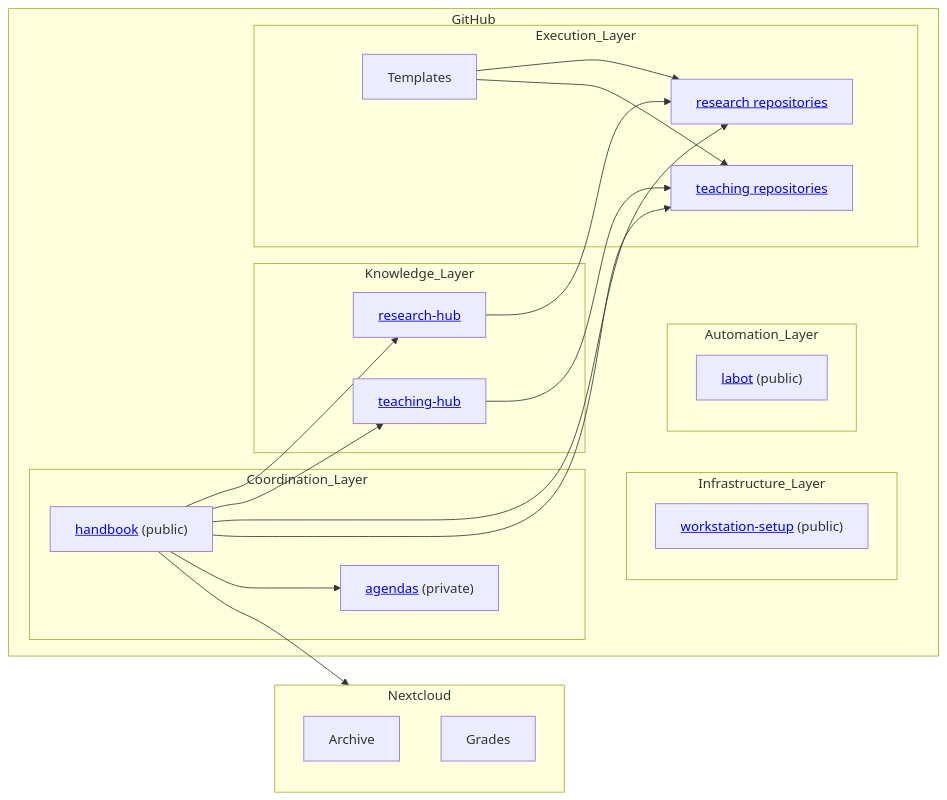
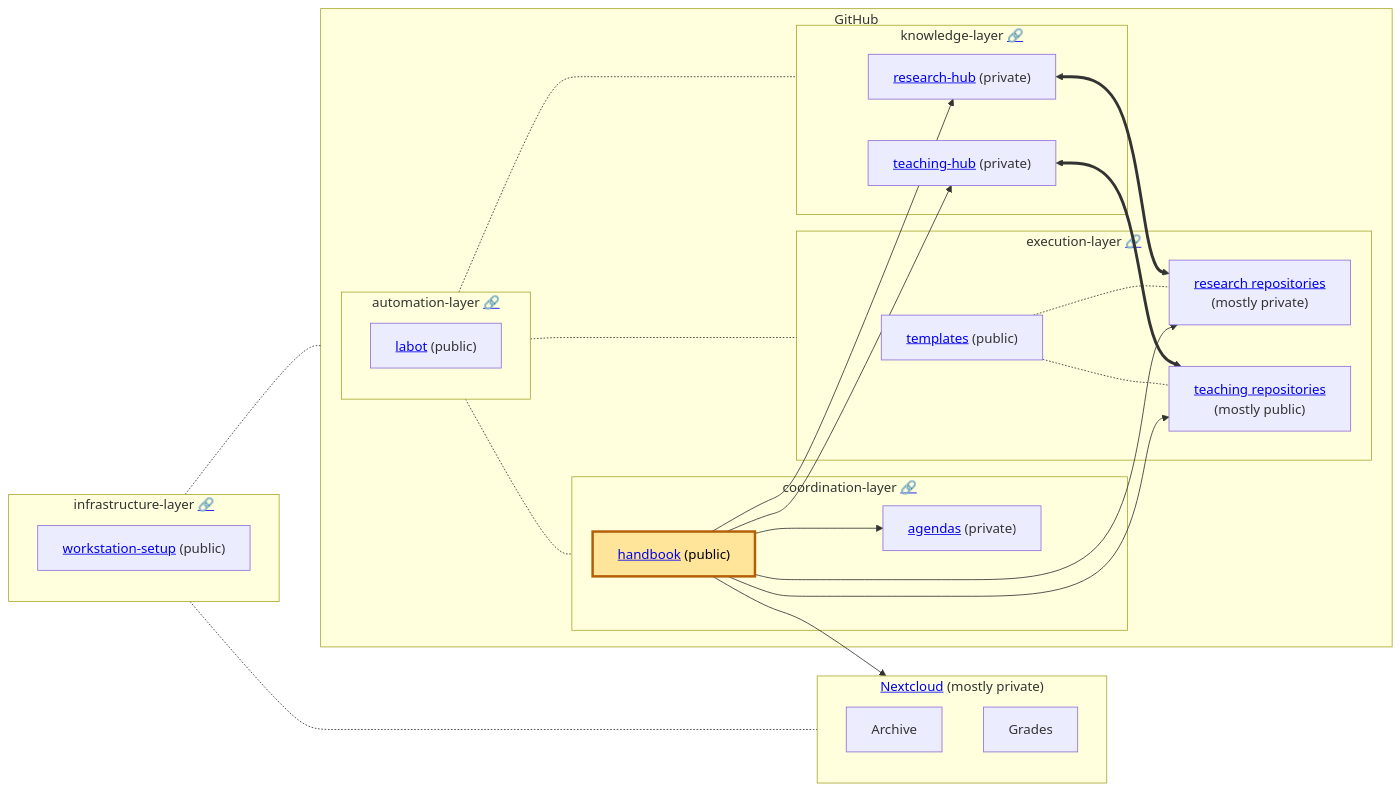
The diagram in management/systems_overview.qmd (fs-ise/handbook), drawn with Mermaid before and after one commit. The commit also changed other lines of this file, not shown here.

Commit message:
update systems-overview

````diff
--- a/management/systems_overview.qmd
+++ b/management/systems_overview.qmd
@@ -9,54 +9,68 @@
 ```{mermaid}
 graph LR
 
-    subgraph Nextcloud["Nextcloud"]
+    subgraph Nextcloud["<a href='nextcloud.html'>Nextcloud</a> (mostly private)"]
         Archive["Archive"]
         Grades["Grades"]
     end
 
-    subgraph Public_Git_Sphere["GitHub"]
+    %% Infrastructure Layer
+    subgraph Infrastructure_Layer["infrastructure-layer <a href='#infrastructure-layer'>🔗</a>"]
+        Workstation["<a href='https://github.com/fs-ise/workstation-setup'  target='_blank'>workstation-setup</a> (public)"]
+    end
+
+    subgraph Github_Sphere["GitHub"]
 
         %% Coordination Layer
-        subgraph Coordination_Layer
+        subgraph Coordination_Layer["coordination-layer <a href='#coordination-layer'>🔗</a>"]
             Handbook["<a href='handbook.html'>handbook</a> (public)"]
             Agenda["<a href='repositories.html#general-repositories'>agendas</a> (private)"]
         end
 
-        %% Infrastructure Layer
-        subgraph Infrastructure_Layer
-            Workstation["<a href='https://github.com/fs-ise/workstation-setup'  target='_blank'>workstation-setup</a> (public)"]
-        end
-        %% Automation Layer
-        subgraph Automation_Layer
-            LabBot["<a href='https://github.com/digital-work-lab/labot' target='_blank'>labot</a> (public)"]
-        end
         %% Knowledge Layer
-        subgraph Knowledge_Layer
-            ResearchHub["<a href='https://github.com/fs-ise/research-hub' target='_blank'>research-hub</a>"]
-            TeachingHub["<a href='https://github.com/fs-ise/teaching-hub' target='_blank'>teaching-hub</a>"]
+        subgraph Knowledge_Layer["knowledge-layer <a href='#knowledge-layer'>🔗</a>"]
+            ResearchHub["<a href='https://github.com/fs-ise/research-hub' target='_blank'>research-hub</a> (private)"]
+            TeachingHub["<a href='https://github.com/fs-ise/teaching-hub' target='_blank'>teaching-hub</a> (private)"]
         end
 
+
         %% Execution Layer
-        subgraph Execution_Layer
-            PaperProjects["<a href='repositories.html#research-repositories'>research repositories</a>"]
-            LectureRepos["<a href='repositories.html#teaching-repositories'>teaching repositories</a>"]
-            Templates["Templates"]
+        subgraph Execution_Layer["execution-layer <a href='#execution-layer'>🔗</a>"]
+            Templates["<a href='repositories.html#general-repositories'>templates</a> (public)"]
+            PaperProjects["<a href='repositories.html#research-repositories'>research repositories</a><br> (mostly private)"]
+            LectureRepos["<a href='repositories.html#teaching-repositories'>teaching repositories</a><br> (mostly public)"]
+        end
+
+        %% Automation Layer
+        subgraph Automation_Layer["automation-layer <a href='#automation-layer'>🔗</a>"]
+            LabBot["<a href='https://github.com/digital-work-lab/labot' target='_blank'>labot</a> (public)"]
         end
 
     end
 
     %% Core relationships
+
+    Automation_Layer -.- Coordination_Layer
+    Automation_Layer -.- Knowledge_Layer
+    Automation_Layer -.- Execution_Layer
 
     Handbook --> ResearchHub
     Handbook --> TeachingHub
     Handbook --> PaperProjects
     Handbook --> LectureRepos
     Handbook --> Agenda
     Handbook --> Nextcloud
-    Templates --> PaperProjects
-    Templates --> LectureRepos
+    %% Handbook --> Templates
+    Templates -.- PaperProjects
+    Templates -.- LectureRepos
 
-    ResearchHub --> PaperProjects
-    TeachingHub --> LectureRepos
+    ResearchHub <==> PaperProjects
+    TeachingHub <==> LectureRepos
+
+    Infrastructure_Layer -.- Github_Sphere
+    Infrastructure_Layer -.- Nextcloud
+
+    %% Highlight Handbook
+    style Handbook fill:#ffe599,stroke:#b45f06,stroke-width:3px,color:#000
 
 ```
````
